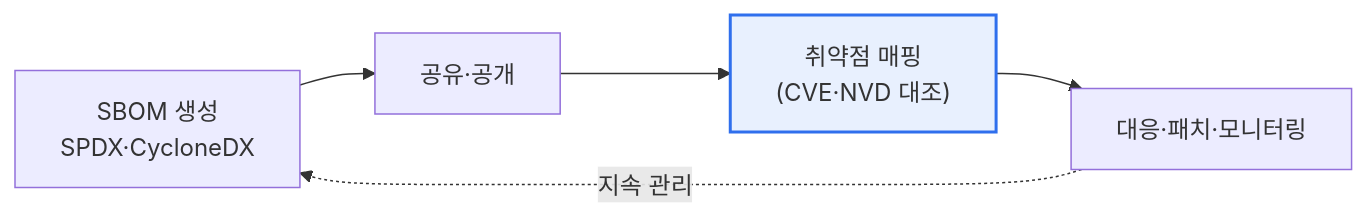
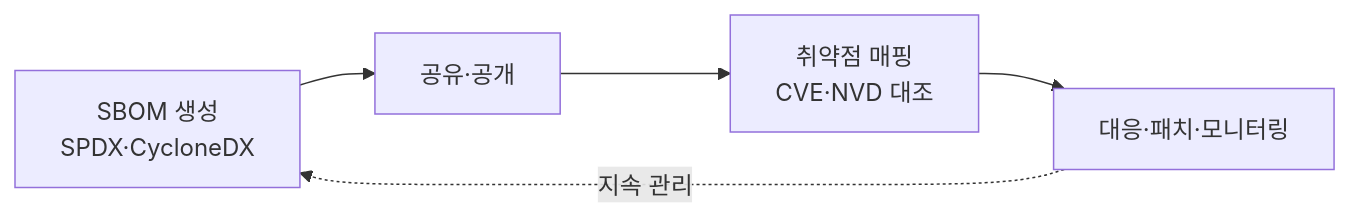
Before and after one commit to coninggu/wjdqhrhksflrltnftk: the diagram in content/sbom.md, drawn with Mermaid. The commit also changed other lines of this file and 28 other files, not shown here.

````diff
--- a/content/sbom.md
+++ b/content/sbom.md
@@ -23,8 +30,7 @@
 ```mermaid
 flowchart LR
   G[SBOM 생성<br/>SPDX·CycloneDX] --> S[공유·공개]
-  S --> M["취약점 매핑<br/>(CVE·NVD 대조)"]
+  S --> M[취약점 매핑<br/>CVE·NVD 대조]
   M --> R[대응·패치·모니터링]
   R -. 지속 관리 .-> G
-  style M fill:#e8f0fe,stroke:#2f6fed,stroke-width:2px
 ```
````
